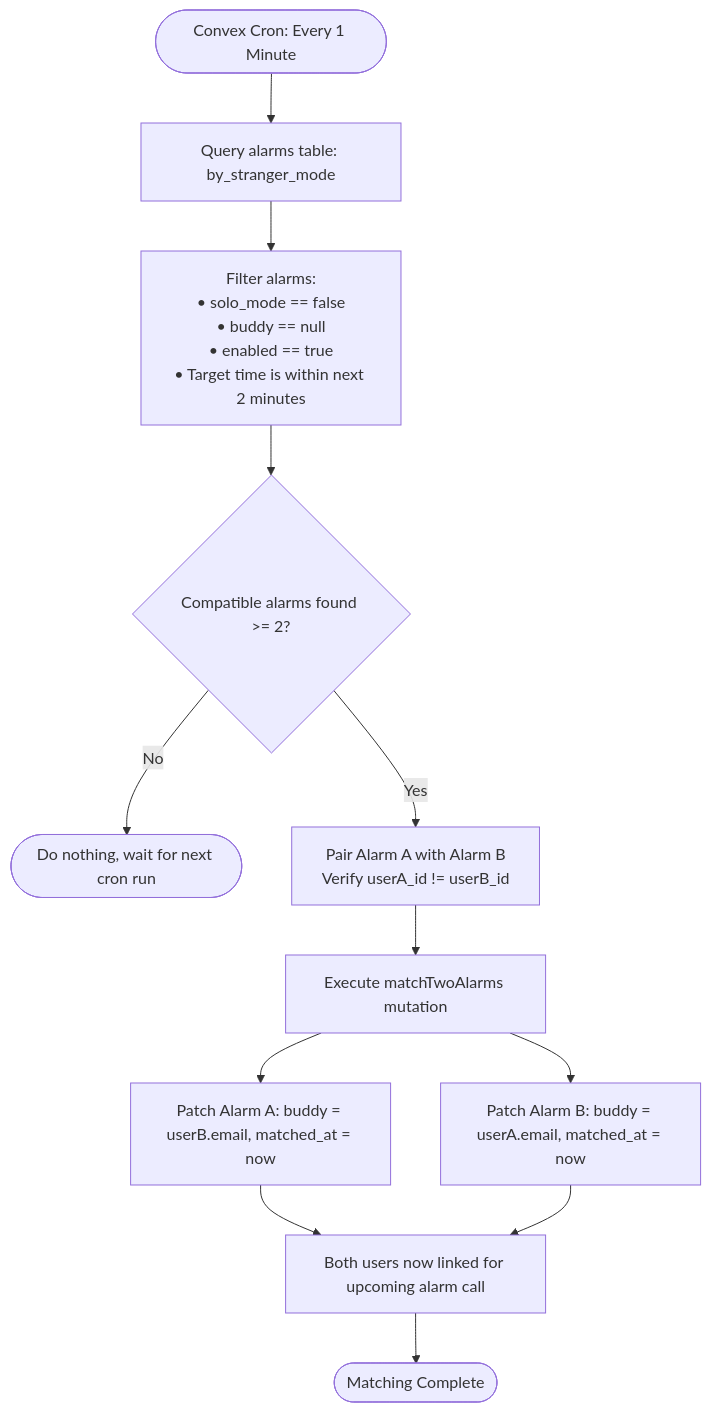
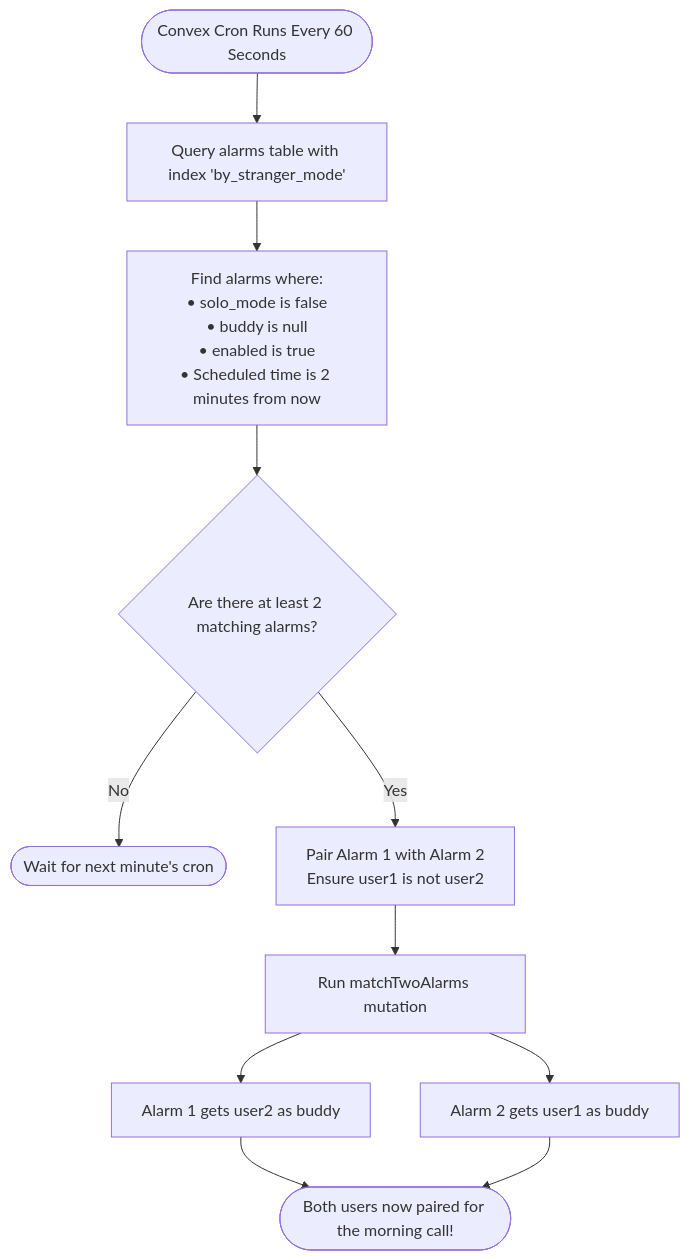
One commit to AaryaBalan/WakeupBuddy changed the sixth of 8 diagrams in README.md. Above: the diagram before and after it, drawn with Mermaid. The commit also changed other lines of this file, not shown here.

````diff
--- a/README.md
+++ b/README.md
@@ -371,15 +293,14 @@
 ```mermaid
 flowchart TD
-    CRON([Convex Cron: Every 1 Minute]) --> QUERY[Query alarms table: by_stranger_mode]
-    QUERY --> FILTER[Filter alarms:<br/>• solo_mode == false<br/>• buddy == null<br/>• enabled == true<br/>• Target time is within next 2 minutes]
+    A(["Convex Cron Runs Every 60 Seconds"]) --> B["Query alarms table with index 'by_stranger_mode'"]
+    B --> C["Find alarms where:<br/>• solo_mode is false<br/>• buddy is null<br/>• enabled is true<br/>• Scheduled time is 2 minutes from now"]
     
-    FILTER --> COUNT{Compatible alarms found >= 2?}
-    COUNT -->|No| IDLE([Do nothing, wait for next cron run])
+    C --> D{"Are there at least 2 matching alarms?"}
+    D -->|No| E(["Wait for next minute's cron"])
     
-    COUNT -->|Yes| PAIR[Pair Alarm A with Alarm B<br/>Verify userA_id != userB_id]
-    PAIR --> MUTATE[Execute matchTwoAlarms mutation]
-    MUTATE --> PATCH_A[Patch Alarm A: buddy = userB.email, matched_at = now]
-    MUTATE --> PATCH_B[Patch Alarm B: buddy = userA.email, matched_at = now]
-    PATCH_A & PATCH_B --> NOTIFY[Both users now linked for upcoming alarm call]
-    NOTIFY --> DONE([Matching Complete])
+    D -->|Yes| F["Pair Alarm 1 with Alarm 2<br/>Ensure user1 is not user2"]
+    F --> G["Run matchTwoAlarms mutation"]
+    G --> H["Alarm 1 gets user2 as buddy"]
+    G --> I["Alarm 2 gets user1 as buddy"]
+    H & I --> J(["Both users now paired for the morning call!"])
 ```
````
